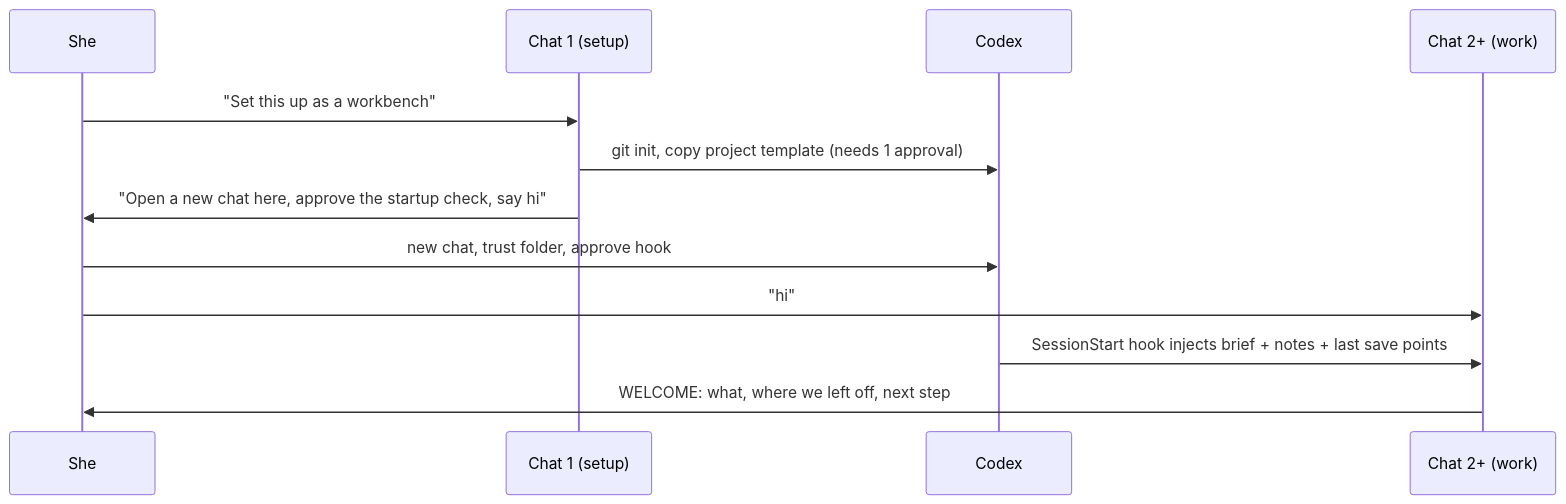
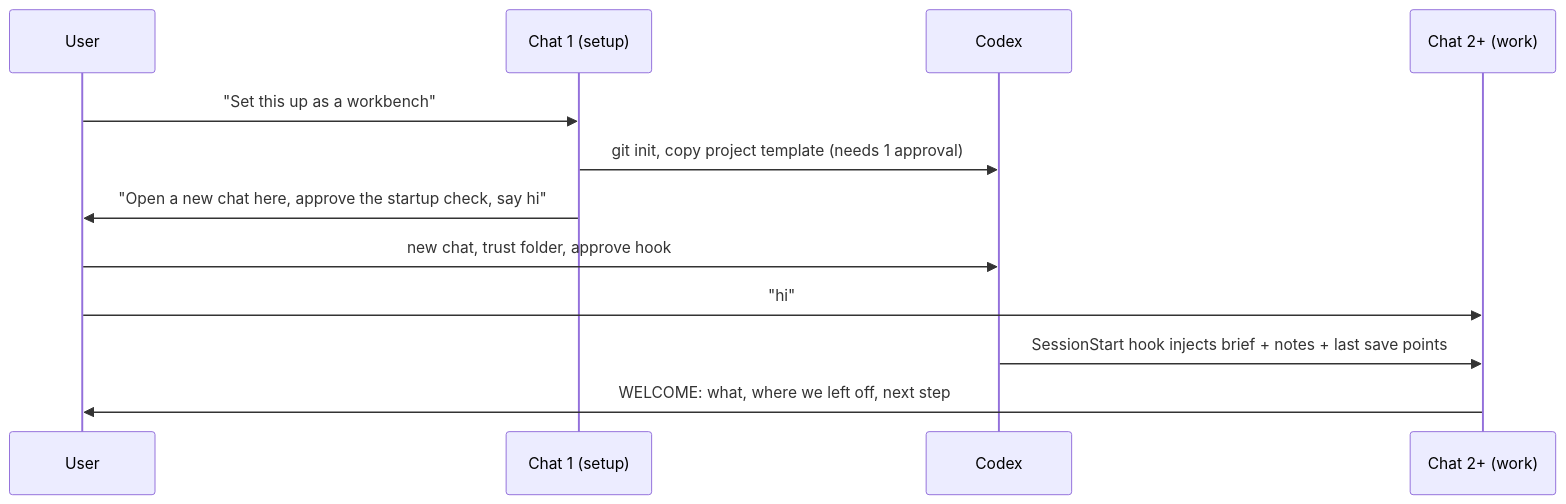
The diagram in research/07-codex-host.md (ahrzb/workbench), drawn with Mermaid before and after one commit. The commit also changed other lines of this file and 5 other files, not shown here.

````diff
--- a/research/07-codex-host.md
+++ b/research/07-codex-host.md
@@ -14,14 +14,14 @@
 ```mermaid
 sequenceDiagram
-  participant She
+  participant User
   participant Setup as Chat 1 (setup)
   participant Codex
   participant Work as Chat 2+ (work)
-  She->>Setup: "Set this up as a workbench"
+  User->>Setup: "Set this up as a workbench"
   Setup->>Codex: git init, copy project template (needs 1 approval)
-  Setup->>She: "Open a new chat here, approve the startup check, say hi"
-  She->>Codex: new chat, trust folder, approve hook
-  She->>Work: "hi"
+  Setup->>User: "Open a new chat here, approve the startup check, say hi"
+  User->>Codex: new chat, trust folder, approve hook
+  User->>Work: "hi"
   Codex->>Work: SessionStart hook injects brief + notes + last save points
-  Work->>She: WELCOME: what, where we left off, next step
+  Work->>User: WELCOME: what, where we left off, next step
 ```
````
